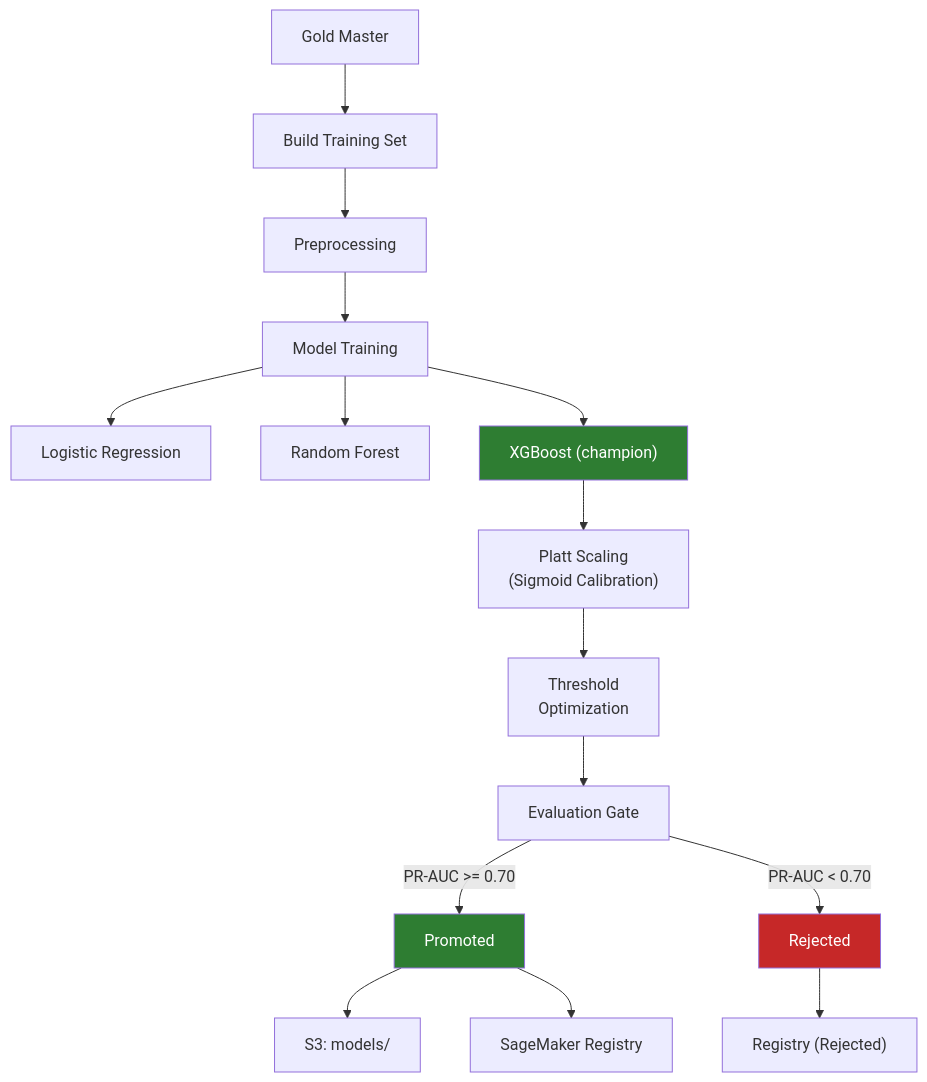
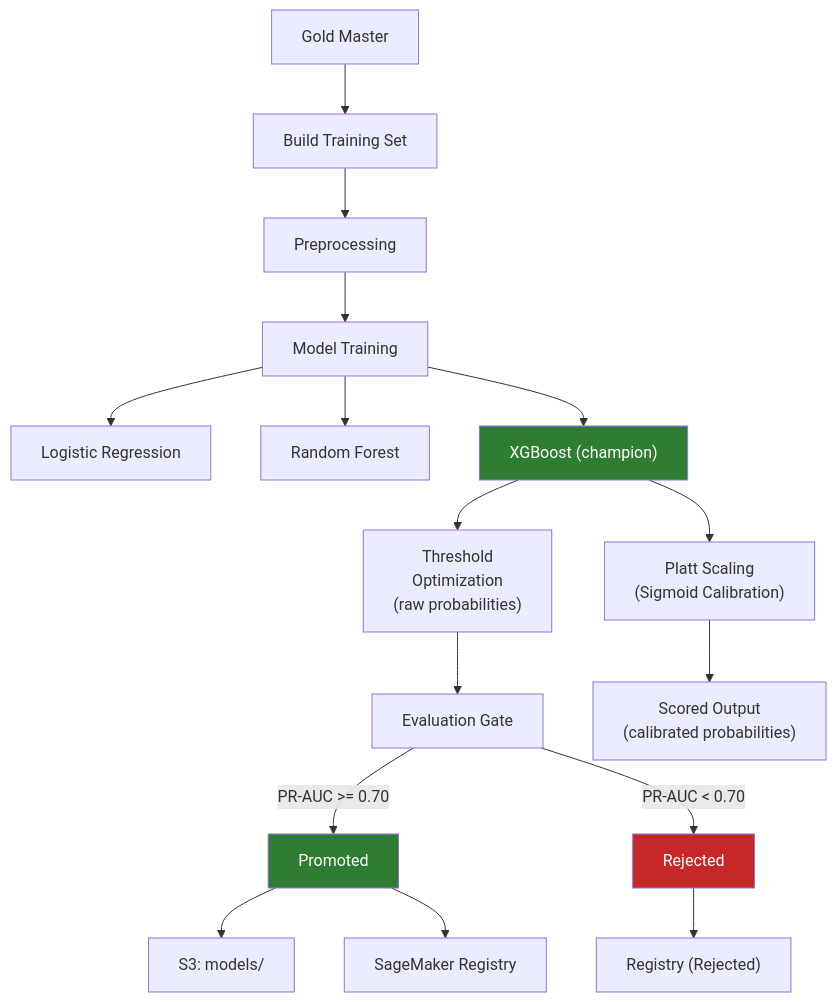
Before and after one commit to rawad-yared/bcgx-spanishgas-g1: the fourth of 8 diagrams in README.md, drawn with Mermaid. The commit also changed other lines of this file and 4 other files, not shown here.

First line of the commit message:
Fix threshold to use raw probabilities and block offers for negative-margin customers

````diff
--- a/README.md
+++ b/README.md
@@ -265,26 +265,27 @@
 ```mermaid
 graph TD
     GM["Gold Master"] --> BTS["Build Training Set"]
     BTS --> PP["Preprocessing"]
     PP --> TRAIN["Model Training"]
 
     TRAIN --> LR["Logistic Regression"]
     TRAIN --> RF["Random Forest"]
     TRAIN --> XGB["XGBoost (champion)"]
 
+    XGB --> THRESH["Threshold<br>Optimization<br>(raw probabilities)"]
     XGB --> PLATT["Platt Scaling<br>(Sigmoid Calibration)"]
-    PLATT --> THRESH["Threshold<br>Optimization"]
     THRESH --> EVAL["Evaluation Gate"]
+    PLATT --> SCORED_OUT["Scored Output<br>(calibrated probabilities)"]
 
     EVAL -->|"PR-AUC >= 0.70"| PASS["Promoted"]
     EVAL -->|"PR-AUC < 0.70"| FAIL["Rejected"]
 
     PASS --> S3_MODELS["S3: models/"]
     PASS --> SM_REG["SageMaker Registry"]
 
     FAIL --> SM_REJ["Registry (Rejected)"]
 
     style XGB fill:#2e7d32,color:#fff
     style PASS fill:#2e7d32,color:#fff
     style FAIL fill:#c62828,color:#fff
 ```
````
